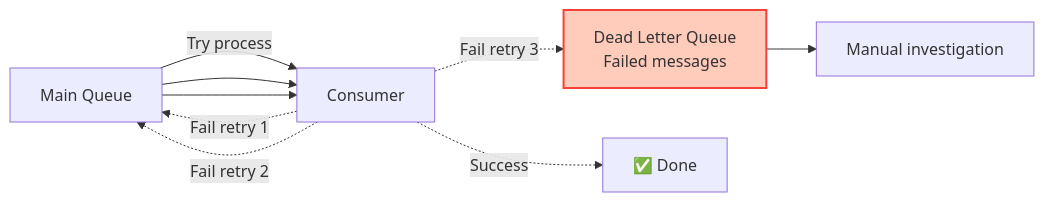
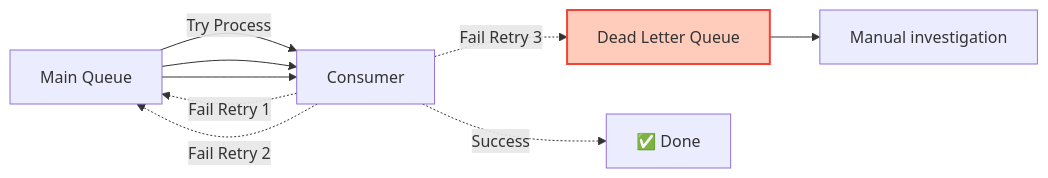
One commit to p1kmr/for-reading changed diagram 11 of 11 in HLD/foundation/04_message-queues.md. Above: the diagram before and after it, drawn with Mermaid. The commit also changed other lines of this file and 2 other files, not shown here.

Commit message:
Fix Mermaid rendering issues in Databases and Message Queues guides by simplifying complex diagrams

````diff
--- a/HLD/foundation/04_message-queues.md
+++ b/HLD/foundation/04_message-queues.md
@@ -448,18 +434,19 @@
 ```mermaid
 graph LR
     Main[Main Queue]
     Consumer[Consumer]
-    DLQ[Dead Letter Queue<br/>Failed messages]
+    DLQ[Dead Letter Queue]
 
-    Main -->|Try process| Consumer
-    Consumer -.Success.-> Done[✅ Done]
-    Consumer -.Fail retry 1.-> Main
+    Main -->|Try Process| Consumer
+    Consumer -.->|Success| Done[✅ Done]
+    
+    Consumer -.->|Fail Retry 1| Main
     Main --> Consumer
-    Consumer -.Fail retry 2.-> Main
+    Consumer -.->|Fail Retry 2| Main
     Main --> Consumer
-    Consumer -.Fail retry 3.-> DLQ
+    Consumer -.->|Fail Retry 3| DLQ
 
     DLQ --> Manual[Manual investigation]
 
     style DLQ fill:#ffccbc,stroke:#f44336,stroke-width:2px
 ```
````
